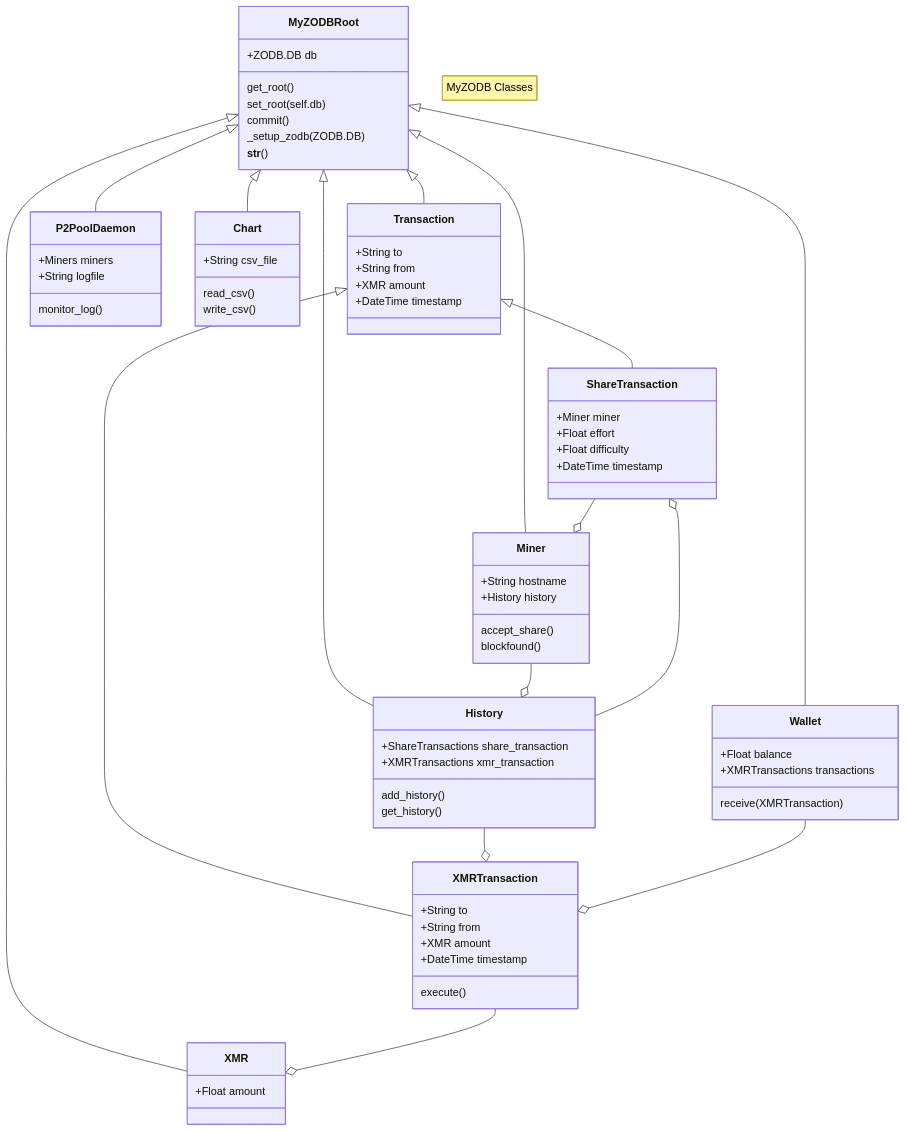
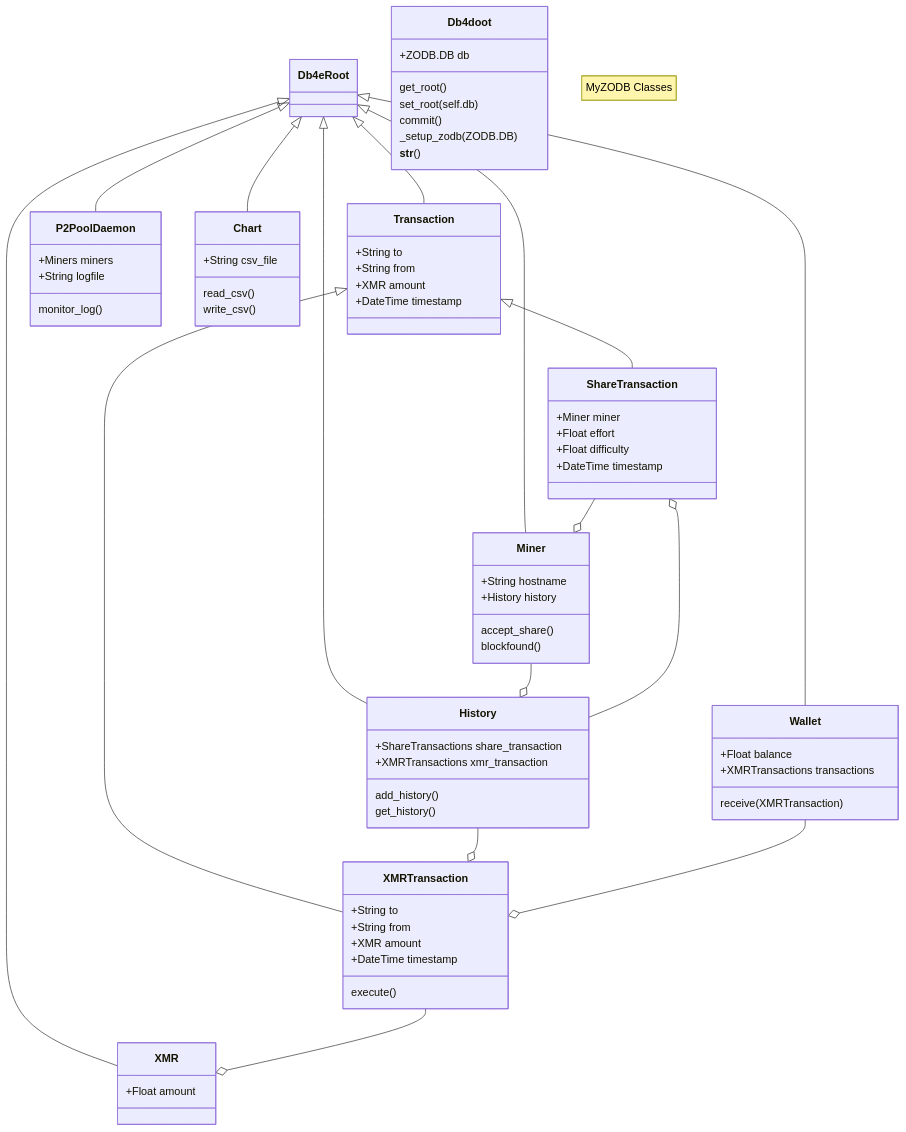
One commit to NadimGhaznavi/myzodb changed the diagram in _posts/2024-06-02-Class-Hierarchy.md. Above: the diagram before and after it, drawn with Mermaid. The commit also changed other lines of this file and 1 other file, not shown here.

```diff
--- a/_posts/2024-06-02-Class-Hierarchy.md
+++ b/_posts/2024-06-02-Class-Hierarchy.md
@@ -9,77 +9,77 @@
 <pre class="mermaid">
   classDiagram
     note "MyZODB Classes"
-    MyZODBRoot <|-- XMR
-    MyZODBRoot <|-- Transaction
+    Db4eRoot <|-- XMR
+    Db4eRoot <|-- Transaction
     Transaction <|-- ShareTransaction
     Transaction <|-- XMRTransaction
-    MyZODBRoot <|-- Miner
-    MyZODBRoot <|-- Wallet
-    MyZODBRoot <|-- P2PoolDaemon
-    MyZODBRoot <|-- Chart
-    MyZODBRoot <|-- History
+    Db4eRoot <|-- Miner
+    Db4eRoot <|-- Wallet
+    Db4eRoot <|-- P2PoolDaemon
+    Db4eRoot <|-- Chart
+    Db4eRoot <|-- History
     Miner --o History
     History --o XMRTransaction
     History --o ShareTransaction
     XMRTransaction --o XMR
     Wallet --o XMRTransaction
     ShareTransaction --o Miner
 
     class Chart{
       +String csv_file
       read_csv()
       write_csv()
     }
     class History{
       +ShareTransactions share_transaction
       +XMRTransactions xmr_transaction
       add_history()
       get_history()
     }
     class Miner{
       +String hostname
       +History history
       accept_share()
       blockfound()
     }
-    class MyZODBRoot{
+    class Db4doot{
       +ZODB.DB db
       get_root()
       set_root(self.db)
       commit()
       _setup_zodb(ZODB.DB)
       __str__()
     }
     class P2PoolDaemon{
       +Miners miners
       +String logfile
       monitor_log()
     }
     class ShareTransaction{
       +Miner miner
       +Float effort
       +Float difficulty
       +DateTime timestamp
     }
     class Transaction{
       +String to
       +String from
       +XMR amount
       +DateTime timestamp
     }
     class Wallet{
       +Float balance
       +XMRTransactions transactions
       receive(XMRTransaction)
     }
     class XMR{
       +Float amount
     }
     class XMRTransaction{
       +String to
       +String from
       +XMR amount
       +DateTime timestamp
       execute()
     }
 </pre>
```
